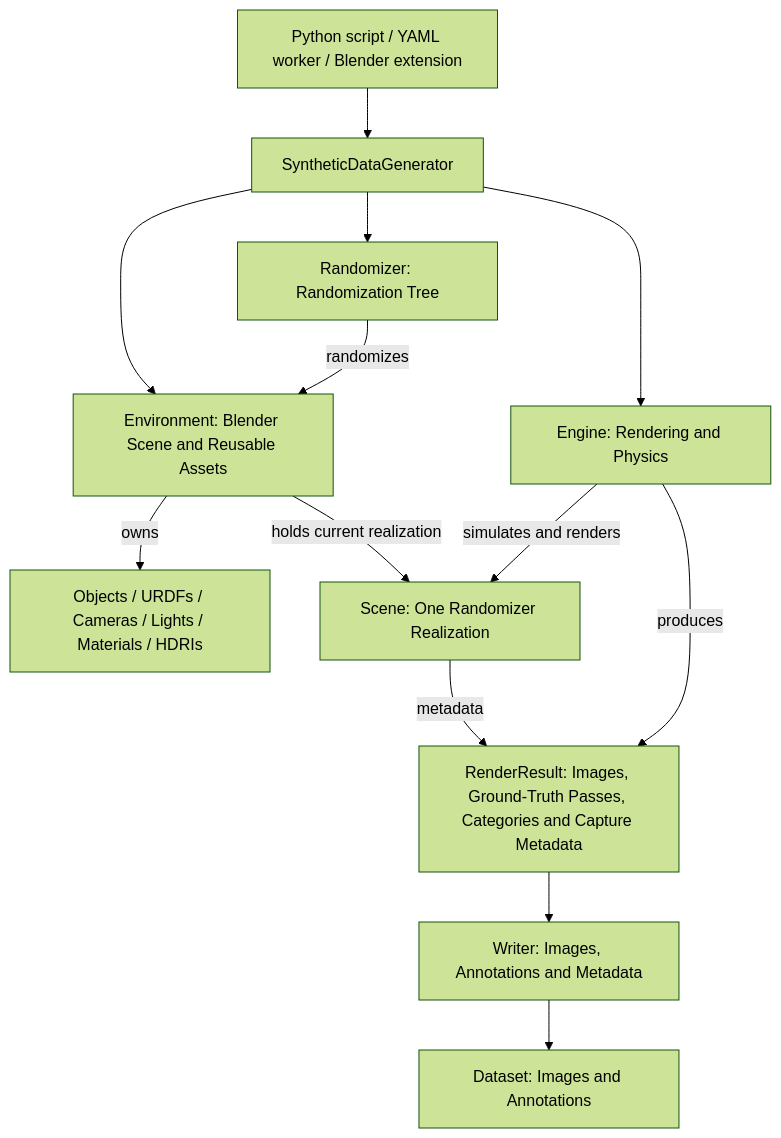
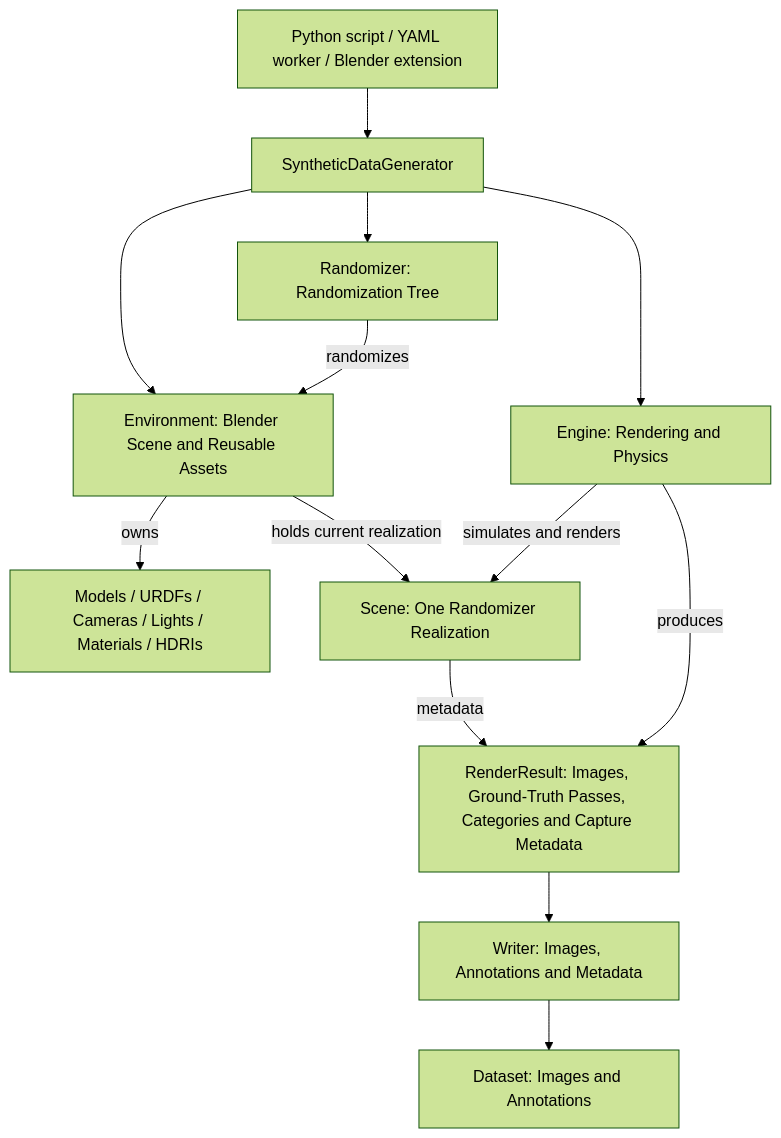
The diagram in ARCHITECTURE.md (telekinesis-ai/telekinesis-illusion), drawn with Mermaid (forest theme) before and after one commit. The commit also changed other lines of this file and 19 other files, not shown here.

````diff
--- a/ARCHITECTURE.md
+++ b/ARCHITECTURE.md
@@ -22,26 +22,26 @@
 ```mermaid
 flowchart TB
     Entry[Python script / YAML worker / Blender extension]
     Generator[SyntheticDataGenerator]
     Environment[Environment: Blender Scene and Reusable Assets]
     Scene[Scene: One Randomizer Realization]
     Randomizer[Randomizer: Randomization Tree]
     Engine[Engine: Rendering and Physics]
     Writer[Writer: Images, Annotations and Metadata]
-    Assets[Objects / URDFs / Cameras / Lights / Materials / HDRIs]
+    Assets[Models / URDFs / Cameras / Lights / Materials / HDRIs]
     RenderResult[RenderResult: Images, Ground-Truth Passes, Categories and Capture Metadata]
     Dataset[Dataset: Images and Annotations]
 
     Entry --> Generator
     Generator --> Environment
     Generator --> Randomizer
     Generator --> Engine
     Environment -->|owns| Assets
     Environment -->|holds current realization| Scene
     Scene -->|metadata| RenderResult
     Randomizer -->|randomizes| Environment
     Engine -->|simulates and renders| Scene
     Engine -->|produces| RenderResult
     RenderResult --> Writer
     Writer --> Dataset
 ```
````
